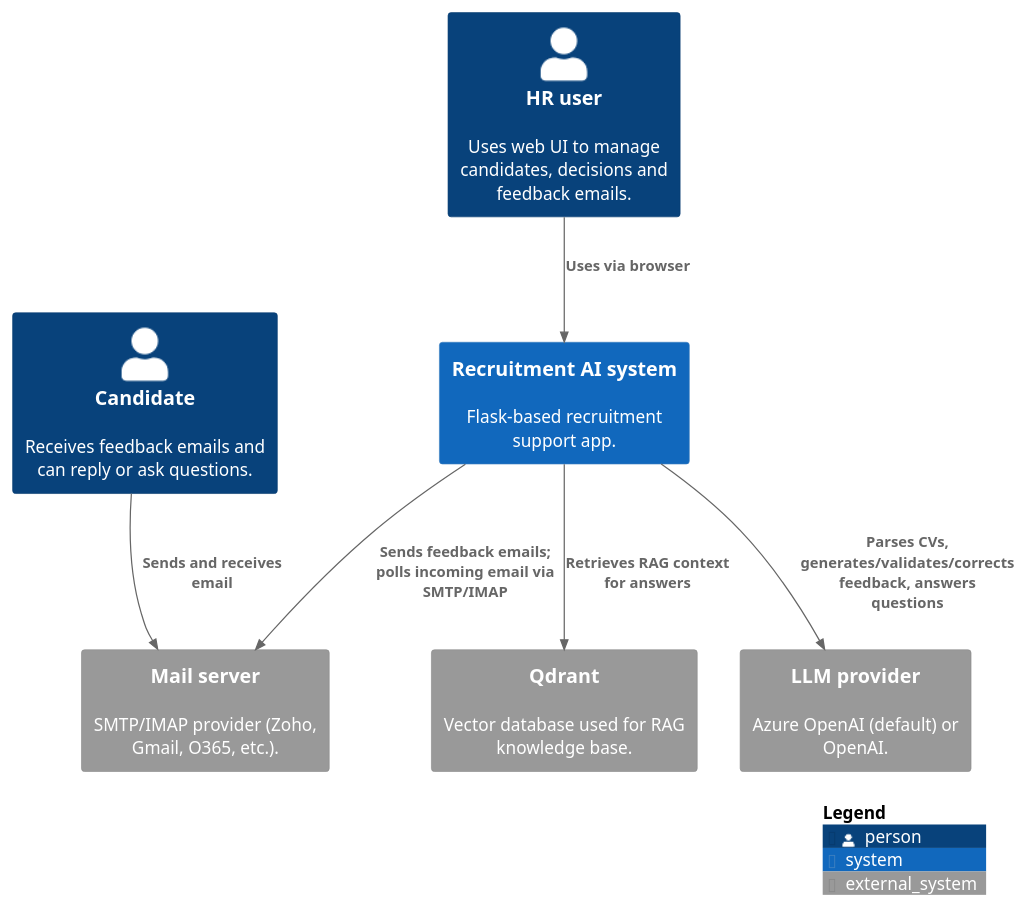
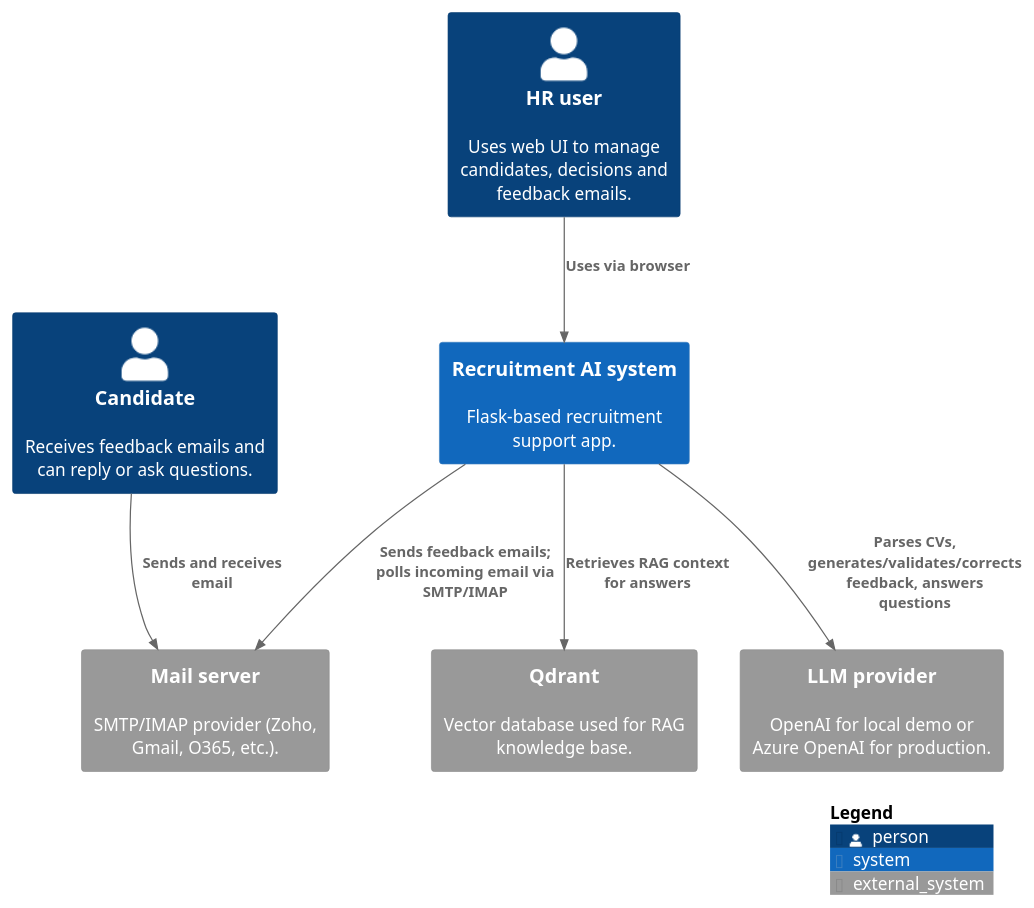
The diagram in docs/diagrams/c4-L1-context.puml (Adam-Palacz/hr-ai-agent-design), drawn with PlantUML before and after one commit. The commit also changed 41 other files, not shown here.

```diff
--- a/docs/diagrams/c4-L1-context.puml
+++ b/docs/diagrams/c4-L1-context.puml
@@ -1,22 +1,22 @@
 @startuml C4_L1_Context
 !include https://raw.githubusercontent.com/plantuml-stdlib/C4-PlantUML/master/C4_Context.puml
 
 Person(hr, "HR user", "Uses web UI to manage candidates, decisions and feedback emails.")
 Person(candidate, "Candidate", "Receives feedback emails and can reply or ask questions.")
 
 System(system, "Recruitment AI system", "Flask-based recruitment support app.")
 
-System_Ext(llm, "LLM provider", "Azure OpenAI (default) or OpenAI.")
+System_Ext(llm, "LLM provider", "OpenAI for local demo or Azure OpenAI for production.")
 System_Ext(mail, "Mail server", "SMTP/IMAP provider (Zoho, Gmail, O365, etc.).")
 System_Ext(qdrant, "Qdrant", "Vector database used for RAG knowledge base.")
 
 Rel(hr, system, "Uses via browser")
 Rel(candidate, mail, "Sends and receives email")
 
 Rel(system, llm, "Parses CVs, generates/validates/corrects feedback, answers questions")
 Rel(system, mail, "Sends feedback emails; polls incoming email via SMTP/IMAP")
 Rel(system, qdrant, "Retrieves RAG context for answers")
 
 SHOW_LEGEND()
 
 @enduml
```
